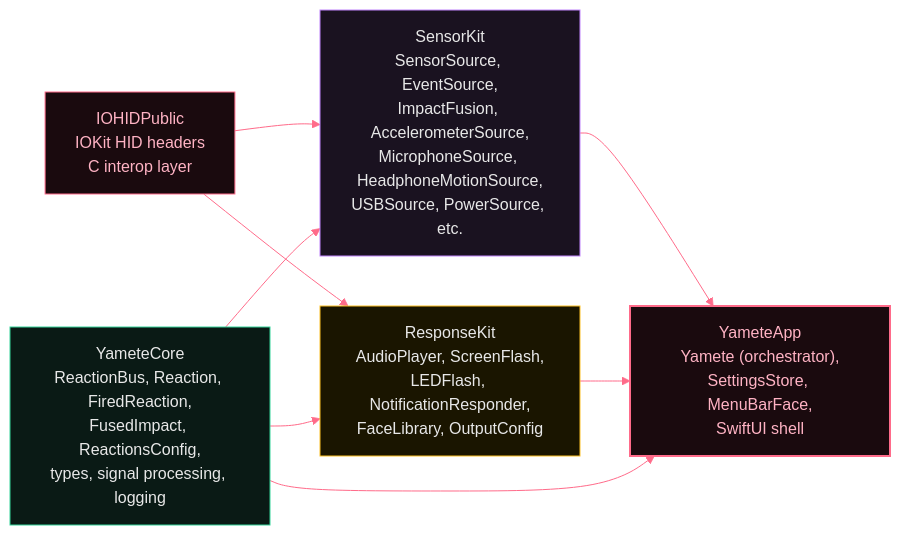
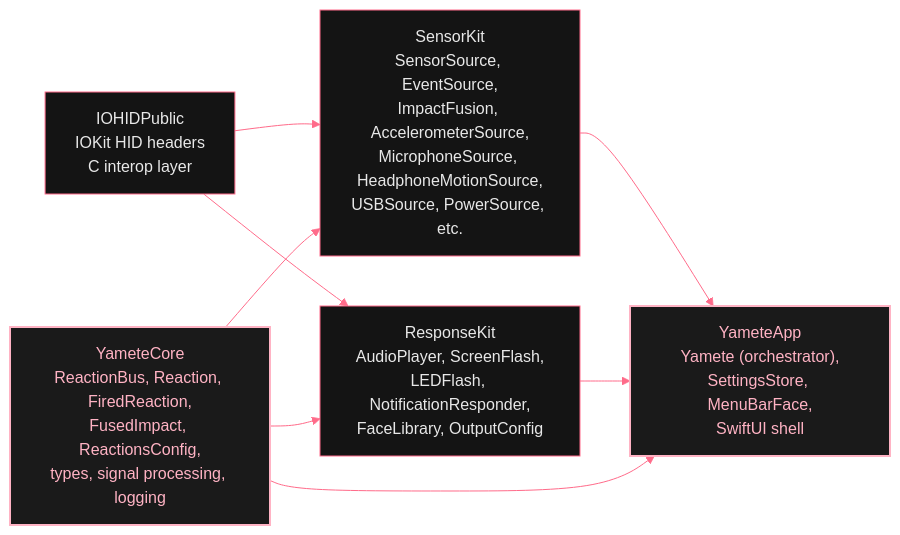
The first of 8 diagrams in docs/architecture.md (Studnicky/yamete), drawn with Mermaid before and after one commit. The commit also changed other lines of this file and 3 other files, not shown here.

First line of the commit message:
fix(docs): unify mermaid palette + surface Acknowledgments below Policy

````diff
--- a/docs/architecture.md
+++ b/docs/architecture.md
@@ -23,54 +23,54 @@
 ```mermaid
 %%{init: {
   "theme": "base",
   "themeVariables": {
-    "primaryColor": "#1a1a1a",
+    "primaryColor": "#141414",
     "primaryTextColor": "#e8e8e8",
     "primaryBorderColor": "#ff6b8a",
     "lineColor": "#ff6b8a",
     "secondaryColor": "#141414",
-    "tertiaryColor": "#0f0f0f",
-    "edgeLabelBackground": "#0d0d0d",
-    "clusterBkg": "#111111",
-    "clusterBorder": "#2a2a2a",
+    "tertiaryColor": "#0a0a0a",
+    "edgeLabelBackground": "#0a0a0a",
+    "clusterBkg": "#1a1a1a",
+    "clusterBorder": "#ff6b8a",
     "titleColor": "#ffb3c4",
     "nodeTextColor": "#e8e8e8",
     "fontFamily": "SF Mono, ui-monospace, Menlo, monospace"
   }
 }}%%
 graph LR
   A["IOHIDPublic
 IOKit HID headers
 C interop layer"]:::iokit
   B["SensorKit
 SensorSource, EventSource,
 ImpactFusion, AccelerometerSource,
 MicrophoneSource, HeadphoneMotionSource,
 USBSource, PowerSource, etc."]:::sensor
   C["YameteCore
 ReactionBus, Reaction, FiredReaction,
 FusedImpact, ReactionsConfig,
 types, signal processing, logging"]:::core
   D["ResponseKit
 AudioPlayer, ScreenFlash,
 LEDFlash, NotificationResponder,
 FaceLibrary, OutputConfig"]:::response
   E["YameteApp
 Yamete (orchestrator),
 SettingsStore, MenuBarFace,
 SwiftUI shell"]:::app
 
   A --> B
   A --> D
   C --> B
   C --> D
   B --> E
   D --> E
   C --> E
 
-  classDef iokit fill:#1a0a0e,stroke:#ff6b8a,color:#ffb3c4
-  classDef sensor fill:#1a1220,stroke:#c084fc,color:#e8e8e8
-  classDef core fill:#0a1a15,stroke:#34d399,color:#e8e8e8
-  classDef response fill:#1a1500,stroke:#fbbf24,color:#e8e8e8
-  classDef app fill:#1a0a0e,stroke:#ff6b8a,color:#ffb3c4,stroke-width:2px
+  classDef iokit fill:#141414,stroke:#ff6b8a,color:#e8e8e8
+  classDef sensor fill:#141414,stroke:#ff6b8a,color:#e8e8e8
+  classDef core fill:#1a1a1a,stroke:#ffb3c4,color:#ffb3c4,stroke-width:2px
+  classDef response fill:#141414,stroke:#ff6b8a,color:#e8e8e8
+  classDef app fill:#1a1a1a,stroke:#ffb3c4,color:#ffb3c4,stroke-width:2px
 ```
````
